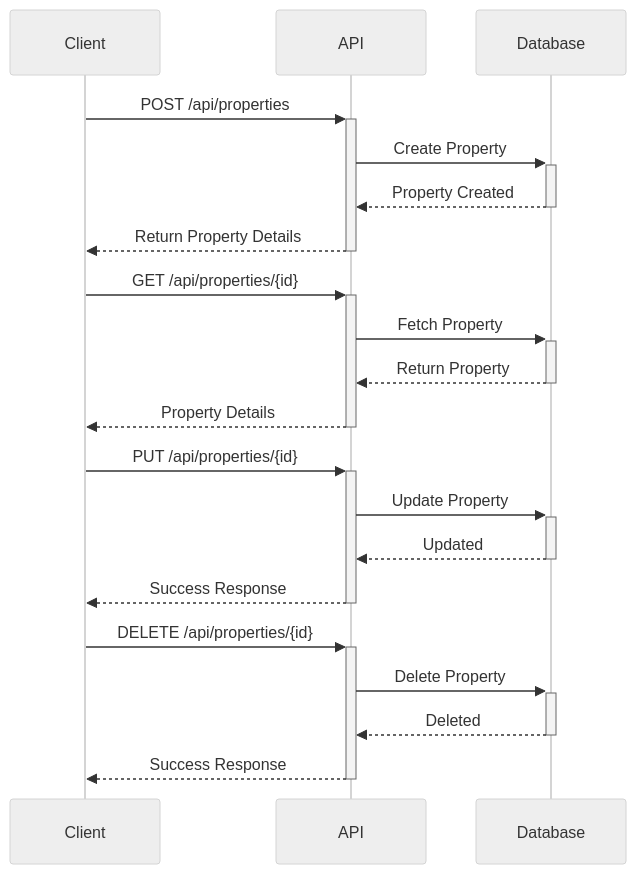
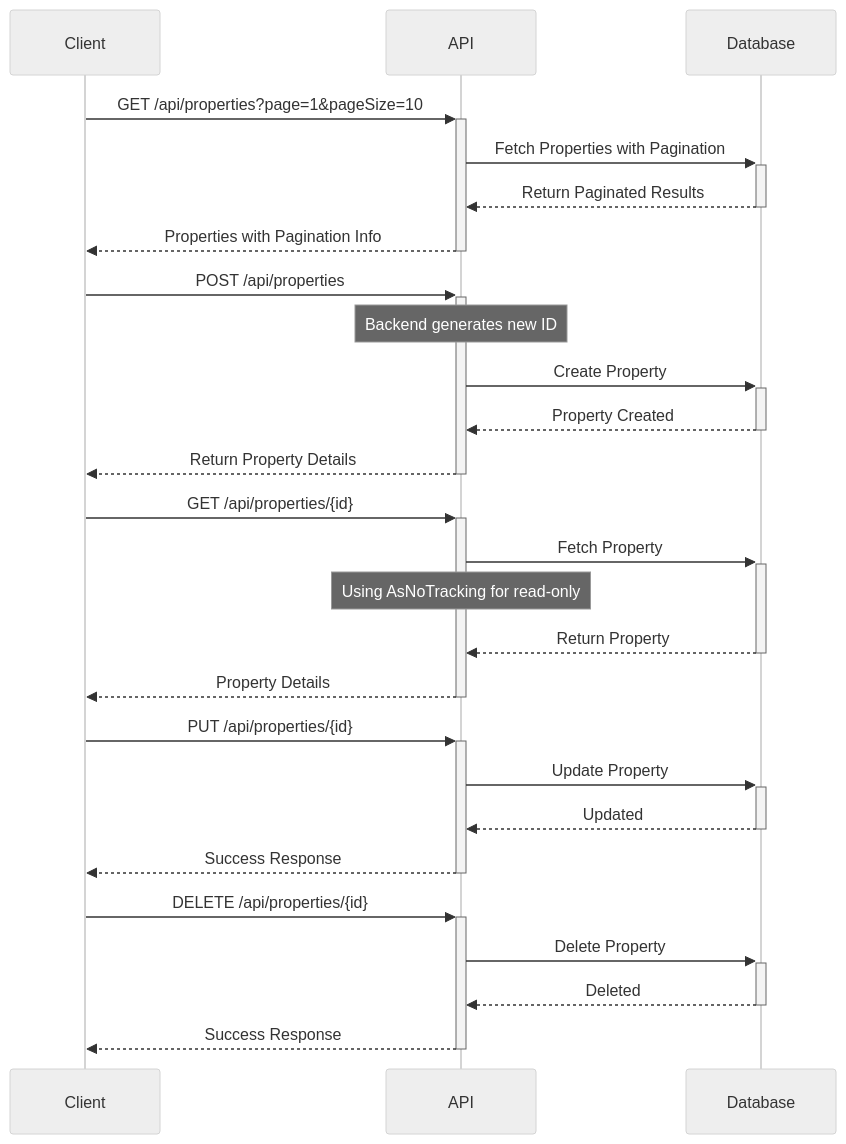
The fourth of 6 diagrams in README.md (rohanmarathe567-code/RentTracker), drawn with Mermaid (neutral theme) before and after one commit. The commit also changed other lines of this file and 2 other files, not shown here.

````diff
--- a/README.md
+++ b/README.md
@@ -166,26 +250,33 @@
 ```mermaid
 sequenceDiagram
     participant Client
     participant API
     participant Database
     
+    Client->>+API: GET /api/properties?page=1&pageSize=10
+    API->>+Database: Fetch Properties with Pagination
+    Database-->>-API: Return Paginated Results
+    API-->>-Client: Properties with Pagination Info
+
     Client->>+API: POST /api/properties
+    Note over API: Backend generates new ID
     API->>+Database: Create Property
     Database-->>-API: Property Created
     API-->>-Client: Return Property Details
 
     Client->>+API: GET /api/properties/{id}
     API->>+Database: Fetch Property
+    Note over API: Using AsNoTracking for read-only
     Database-->>-API: Return Property
     API-->>-Client: Property Details
 
     Client->>+API: PUT /api/properties/{id}
     API->>+Database: Update Property
     Database-->>-API: Updated
     API-->>-Client: Success Response
 
     Client->>+API: DELETE /api/properties/{id}
     API->>+Database: Delete Property
     Database-->>-API: Deleted
     API-->>-Client: Success Response
 ```
````
